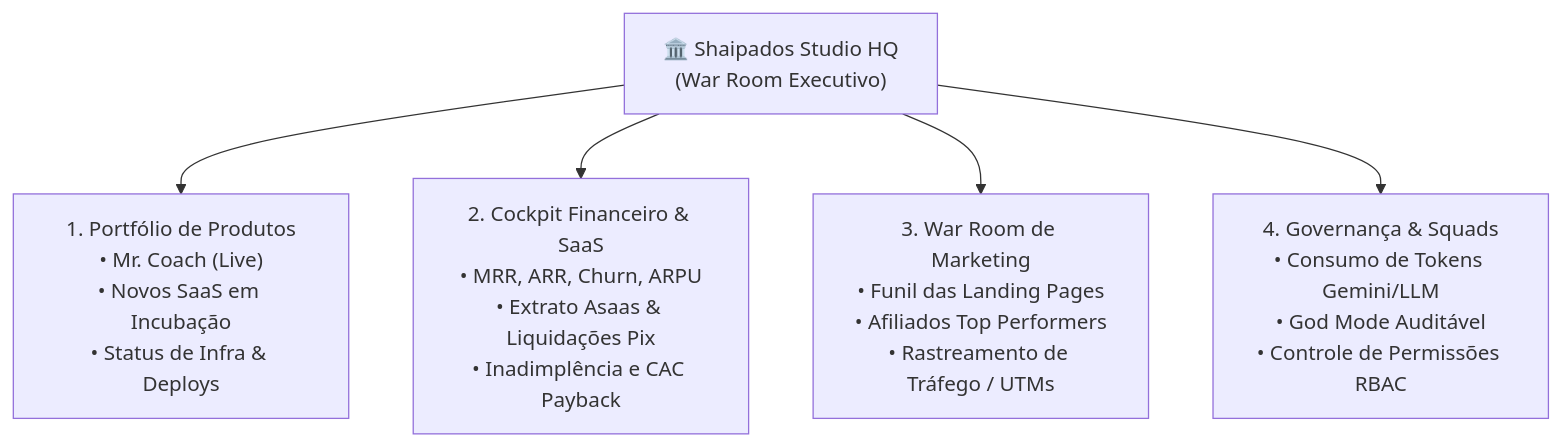
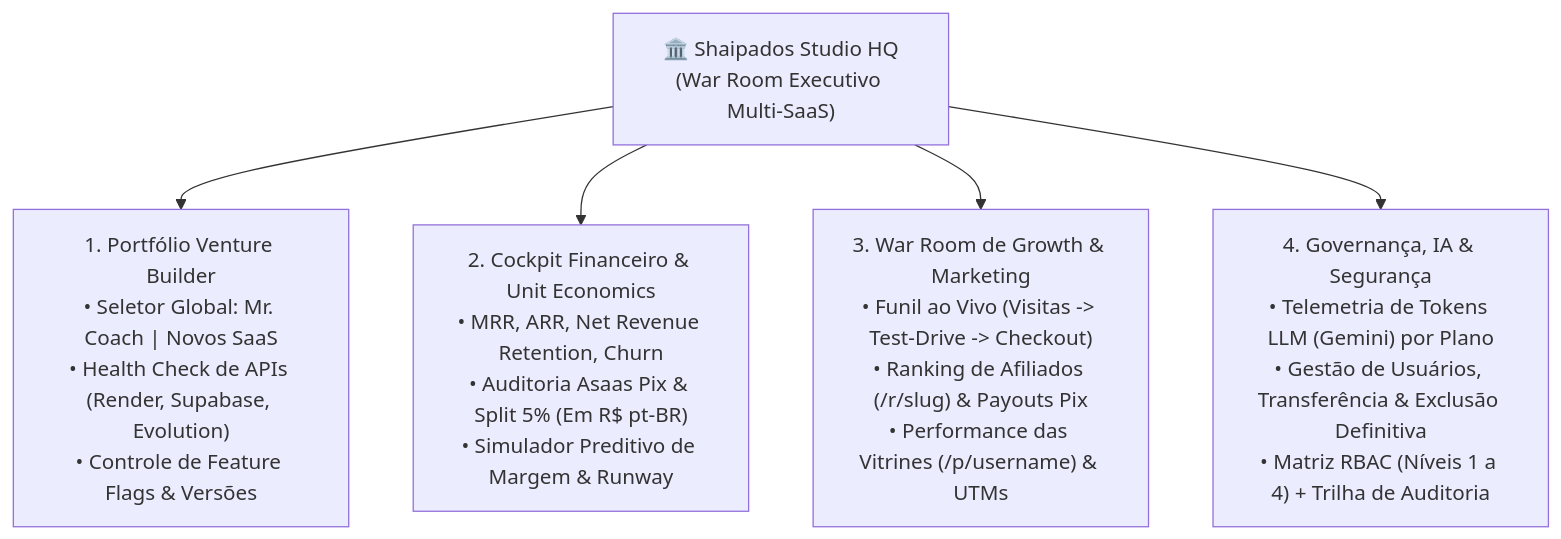
One commit to cleudsonx/B2B-personal-ia changed the second of 3 diagrams in docs/proposta_modernizacao_paginas_publicas_ecossistema.md. Above: the diagram before and after it, drawn with Mermaid. The commit also changed other lines of this file, not shown here.

Commit message:
docs(strategy): refine public ecosystem modernization proposal v2.0 with monorepo audit, hybrid Pix checkout, QR viral loop, and HQ unification

````diff
--- a/docs/proposta_modernizacao_paginas_publicas_ecossistema.md
+++ b/docs/proposta_modernizacao_paginas_publicas_ecossistema.md
@@ -171,9 +200,9 @@
 ```mermaid
-graph TD
-    HQ["🏛️ Shaipados Studio HQ\n(War Room Executivo)"]
+flowchart TD
+    HQ["🏛️ Shaipados Studio HQ\n(War Room Executivo Multi-SaaS)"]
 
-    HQ --> Mod1["1. Portfólio de Produtos\n• Mr. Coach (Live)\n• Novos SaaS em Incubação\n• Status de Infra & Deploys"]
-    HQ --> Mod2["2. Cockpit Financeiro & SaaS\n• MRR, ARR, Churn, ARPU\n• Extrato Asaas & Liquidações Pix\n• Inadimplência e CAC Payback"]
-    HQ --> Mod3["3. War Room de Marketing\n• Funil das Landing Pages\n• Afiliados Top Performers\n• Rastreamento de Tráfego / UTMs"]
-    HQ --> Mod4["4. Governança & Squads\n• Consumo de Tokens Gemini/LLM\n• God Mode Auditável\n• Controle de Permissões RBAC"]
+    HQ --> Mod1["1. Portfólio Venture Builder\n• Seletor Global: Mr. Coach | Novos SaaS\n• Health Check de APIs (Render, Supabase, Evolution)\n• Controle de Feature Flags & Versões"]
+    HQ --> Mod2["2. Cockpit Financeiro & Unit Economics\n• MRR, ARR, Net Revenue Retention, Churn\n• Auditoria Asaas Pix & Split 5% (Em R$ pt-BR)\n• Simulador Preditivo de Margem & Runway"]
+    HQ --> Mod3["3. War Room de Growth & Marketing\n• Funil ao Vivo (Visitas -> Test-Drive -> Checkout)\n• Ranking de Afiliados (/r/slug) & Payouts Pix\n• Performance das Vitrines (/p/username) & UTMs"]
+    HQ --> Mod4["4. Governança, IA & Segurança\n• Telemetria de Tokens LLM (Gemini) por Plano\n• Gestão de Usuários, Transferência & Exclusão Definitiva\n• Matriz RBAC (Níveis 1 a 4) + Trilha de Auditoria"]
 ```
````
